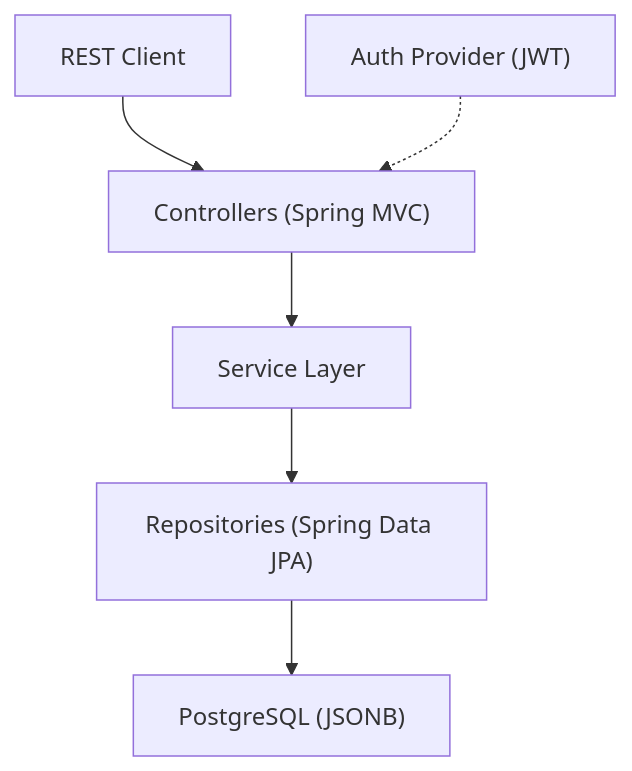
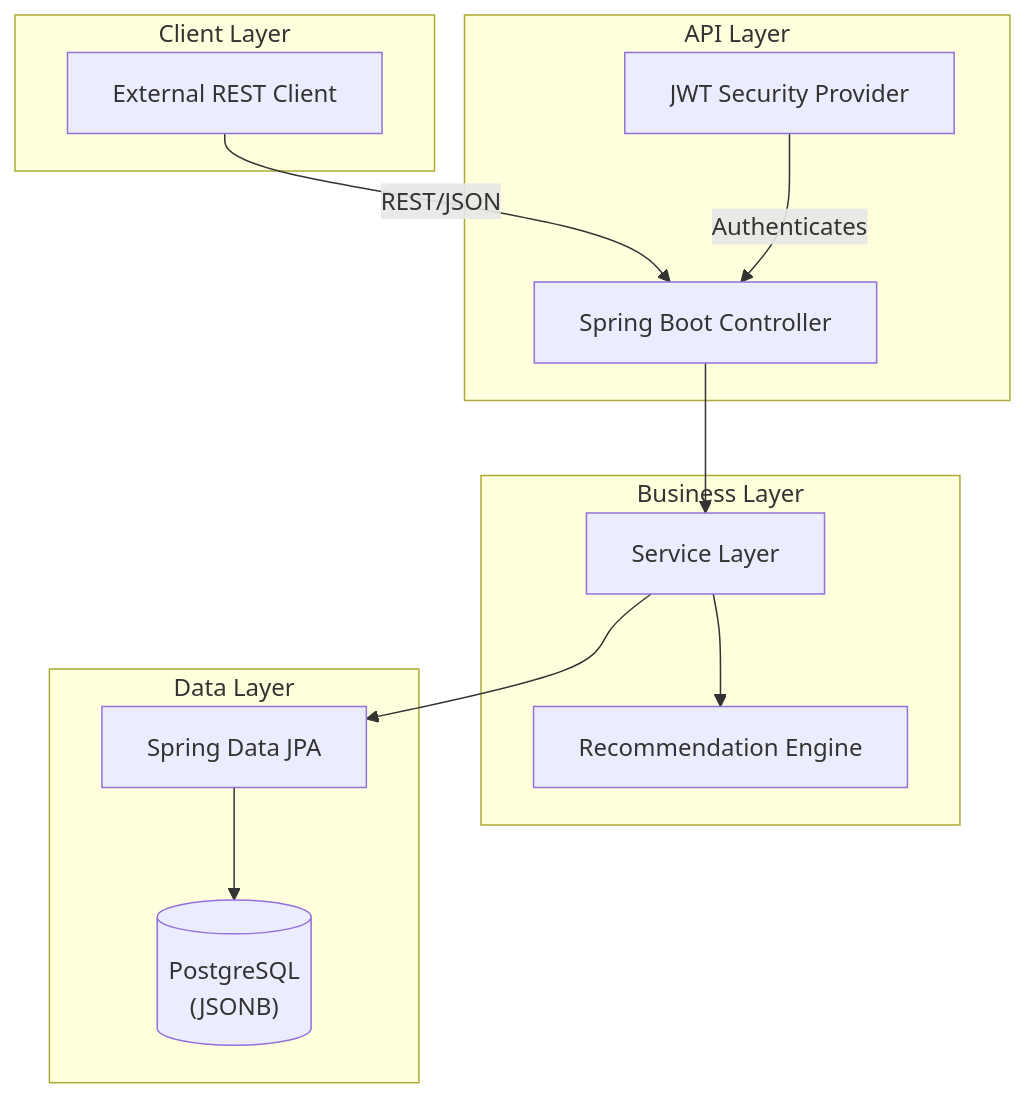
The diagram in README.md (adityasaini0070/fitness), drawn with Mermaid before and after one commit. The commit also changed other lines of this file, not shown here.

Commit message:
docs: add live links and enhance the architecture diagram.

````diff
--- a/README.md
+++ b/README.md
@@ -37,8 +42,28 @@
 ```mermaid
 graph TD
-    A["REST Client"] --> B["Controllers (Spring MVC)"]
-    B --> C["Service Layer"]
-    C --> D["Repositories (Spring Data JPA)"]
-    D --> E["PostgreSQL (JSONB)"]
-    F["Auth Provider (JWT)"] -.-> B
+    subgraph Client Layer
+        A["External REST Client"]
+    end
+
+    subgraph API Layer
+        B["Spring Boot Controller"]
+        F["JWT Security Provider"]
+    end
+
+    subgraph Business Layer
+        C["Service Layer"]
+        G["Recommendation Engine"]
+    end
+
+    subgraph Data Layer
+        D["Spring Data JPA"]
+        E[("PostgreSQL\n(JSONB)")]
+    end
+
+    A -- REST/JSON --> B
+    F -- Authenticates --> B
+    B --> C
+    C --> G
+    C --> D
+    D --> E
 ```
````
